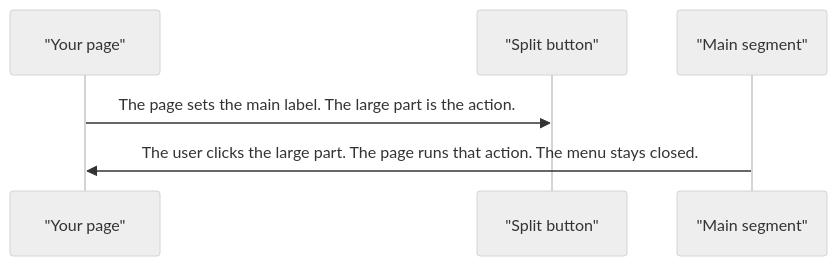
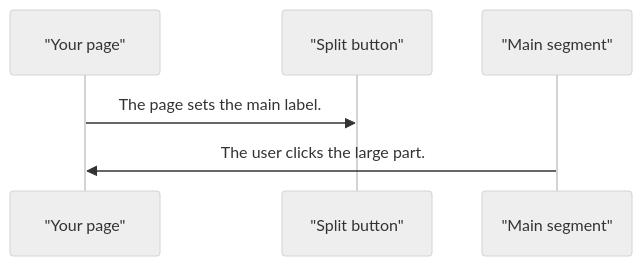
Before and after one commit to RajshekharBorate/pixel-ui: the second of 4 diagrams in projects/pixel-ui/src/lib/pixel-split-button/DESIGN.md, drawn with Mermaid (neutral theme). The commit also changed other lines of this file and 80 other files, not shown here.

Commit message:
Fill missing design flows and correct the stories that did not match component behavior.

````diff
--- a/projects/pixel-ui/src/lib/pixel-split-button/DESIGN.md
+++ b/projects/pixel-ui/src/lib/pixel-split-button/DESIGN.md
@@ -54,8 +54,8 @@
 ```mermaid
 sequenceDiagram
   participant page as "Your page"
   participant split as "Split button"
   participant main as "Main segment"
-  page->>split: The page sets the main label. The large part is the action.
-  main->>page: The user clicks the large part. The page runs that action. The menu stays closed.
+  page->>split: The page sets the main label.
+  main->>page: The user clicks the large part.
 ```
````
